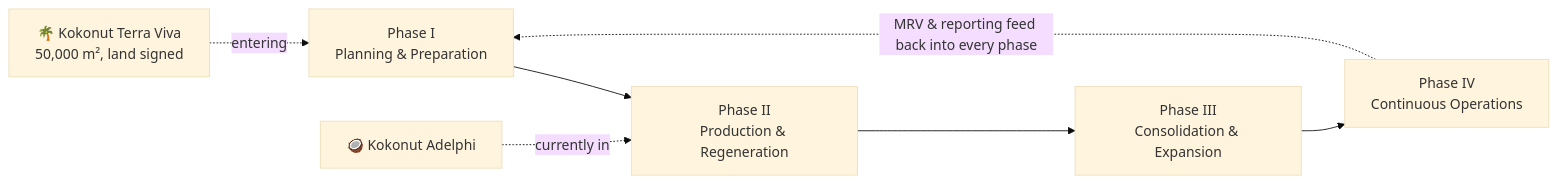
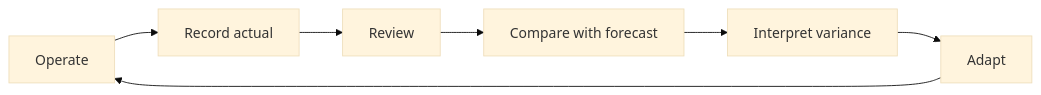
Before and after one commit to wasalo/Kokonut-Public-Site: the third of 15 diagrams in playbooks/regenerative-finance/how-it-works.mdx, drawn with Mermaid (base theme). The commit also changed other lines of this file, not shown here.

````diff
--- a/playbooks/regenerative-finance/how-it-works.mdx
+++ b/playbooks/regenerative-finance/how-it-works.mdx
@@ -10,9 +179,9 @@
 ```mermaid
 flowchart LR
-    A["Phase I<br/>Planning & Preparation"] --> B["Phase II<br/>Production & Regeneration"]
-    B --> C["Phase III<br/>Consolidation & Expansion"]
-    C --> D["Phase IV<br/>Continuous Operations"]
-    D -.MRV & reporting feed back into every phase.-> A
-    Adelphi["🥥 Kokonut Adelphi"] -.currently in.-> B
-    Terra["🌴 Kokonut Terra Viva<br/>50,000 m², land signed"] -.entering.-> A
+    A["Operate"] --> B["Record actual"]
+    B --> C["Review"]
+    C --> D["Compare with forecast"]
+    D --> E["Interpret variance"]
+    E --> F["Adapt"]
+    F --> A
 ```
````
